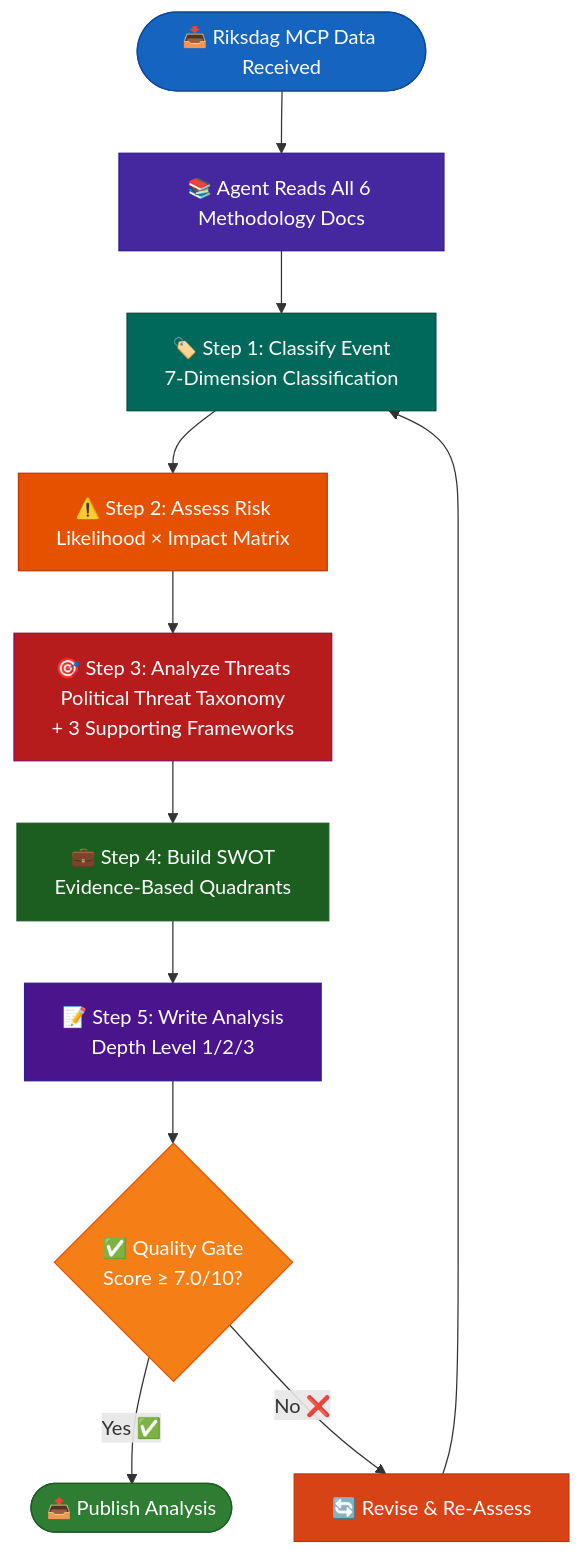
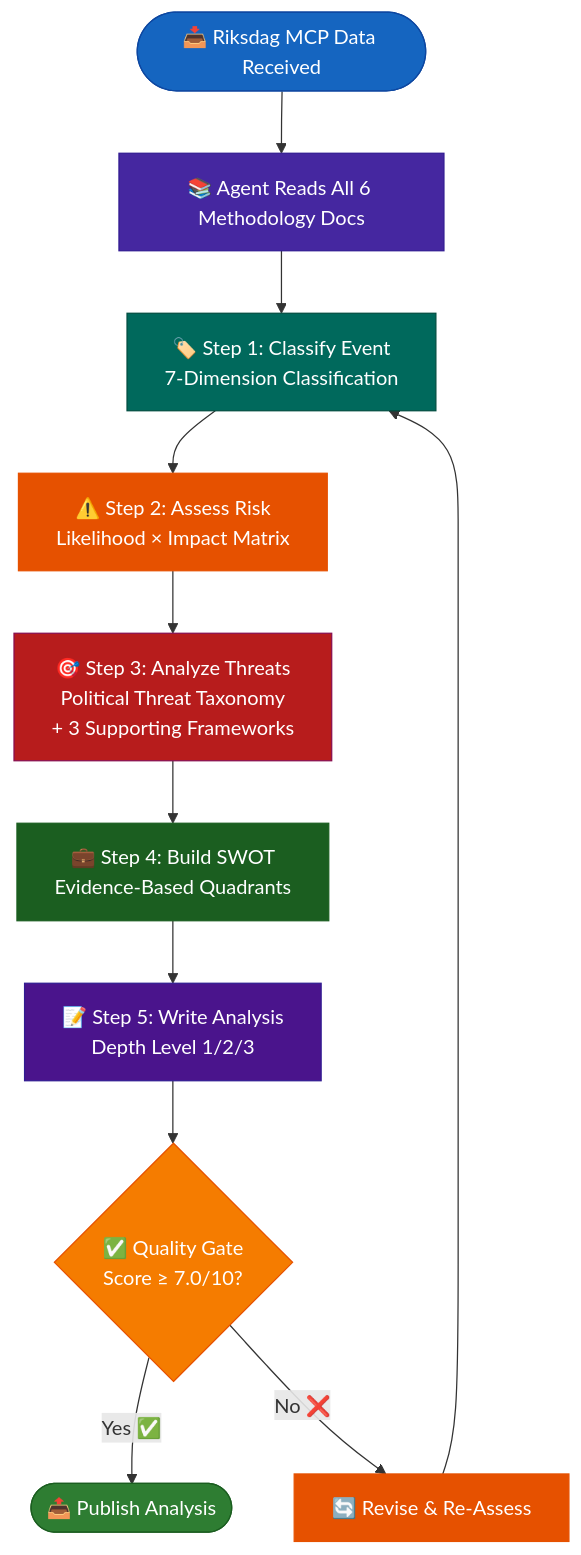
The first of 11 diagrams in analysis/methodologies/README.md (Hack23/riksdagsmonitor), drawn with Mermaid before and after one commit. The commit also changed other lines of this file and 14 other files, not shown here.

First line of the commit message:
Align analysis/ mermaid diagrams with ISMS Style Guide palette and convert SWOT to quadrantChart

````diff
--- a/analysis/methodologies/README.md
+++ b/analysis/methodologies/README.md
@@ -130,24 +130,24 @@
 ```mermaid
 flowchart TD
     Start([📥 Riksdag MCP Data Received]) --> Read[📚 Agent Reads All 6 Methodology Docs]
     Read --> Classify[🏷️ Step 1: Classify Event<br/>7-Dimension Classification]
     Classify --> Risk[⚠️ Step 2: Assess Risk<br/>Likelihood × Impact Matrix]
     Risk --> Threat[🎯 Step 3: Analyze Threats<br/>Political Threat Taxonomy<br/>+ 3 Supporting Frameworks]
     Threat --> SWOT[💼 Step 4: Build SWOT<br/>Evidence-Based Quadrants]
     SWOT --> Write[📝 Step 5: Write Analysis<br/>Depth Level 1/2/3]
     Write --> QualityGate{✅ Quality Gate<br/>Score ≥ 7.0/10?}
     QualityGate -->|Yes ✅| Publish([📤 Publish Analysis])
     QualityGate -->|No ❌| Revise[🔄 Revise & Re-Assess]
     Revise --> Classify
 
     style Start fill:#1565C0,stroke:#0D47A1,color:#FFFFFF
     style Read fill:#4527A0,stroke:#311B92,color:#FFFFFF
     style Classify fill:#00695C,stroke:#004D40,color:#FFFFFF
-    style Risk fill:#E65100,stroke:#BF360C,color:#FFFFFF
+    style Risk fill:#E65100,stroke:#E65100,color:#FFFFFF
     style Threat fill:#B71C1C,stroke:#880E4F,color:#FFFFFF
     style SWOT fill:#1B5E20,stroke:#1B5E20,color:#FFFFFF
     style Write fill:#4A148C,stroke:#311B92,color:#FFFFFF
-    style QualityGate fill:#F57F17,stroke:#E65100,color:#FFFFFF
+    style QualityGate fill:#F57C00,stroke:#E65100,color:#FFFFFF
     style Publish fill:#2E7D32,stroke:#1B5E20,color:#FFFFFF
-    style Revise fill:#D84315,stroke:#BF360C,color:#FFFFFF
+    style Revise fill:#E65100,stroke:#E65100,color:#FFFFFF
 ```
````
